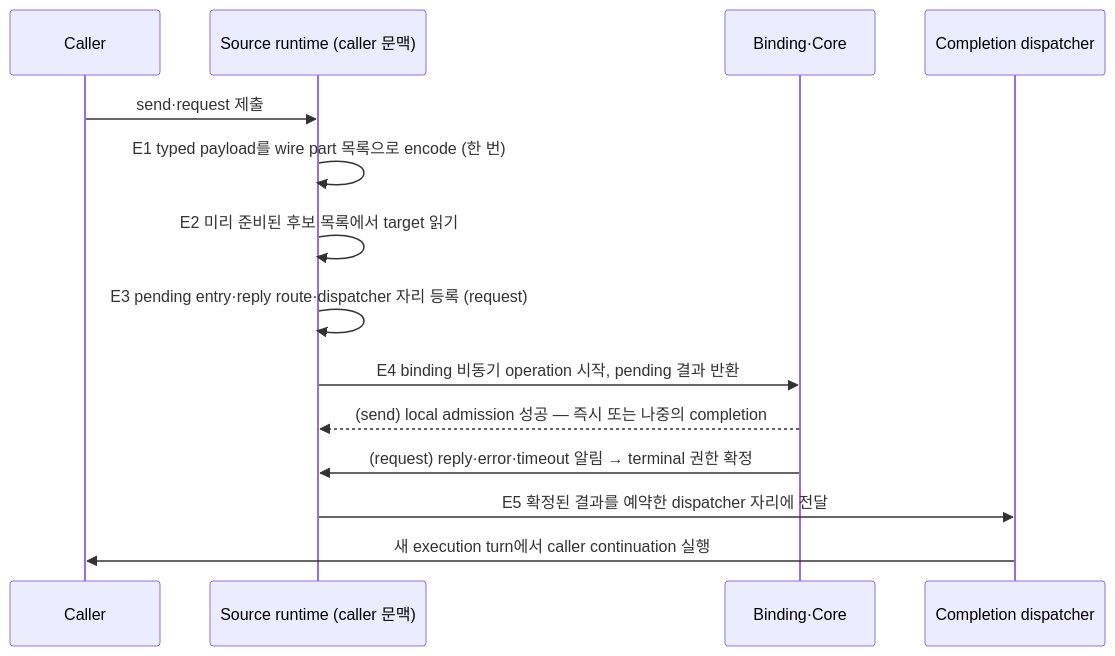
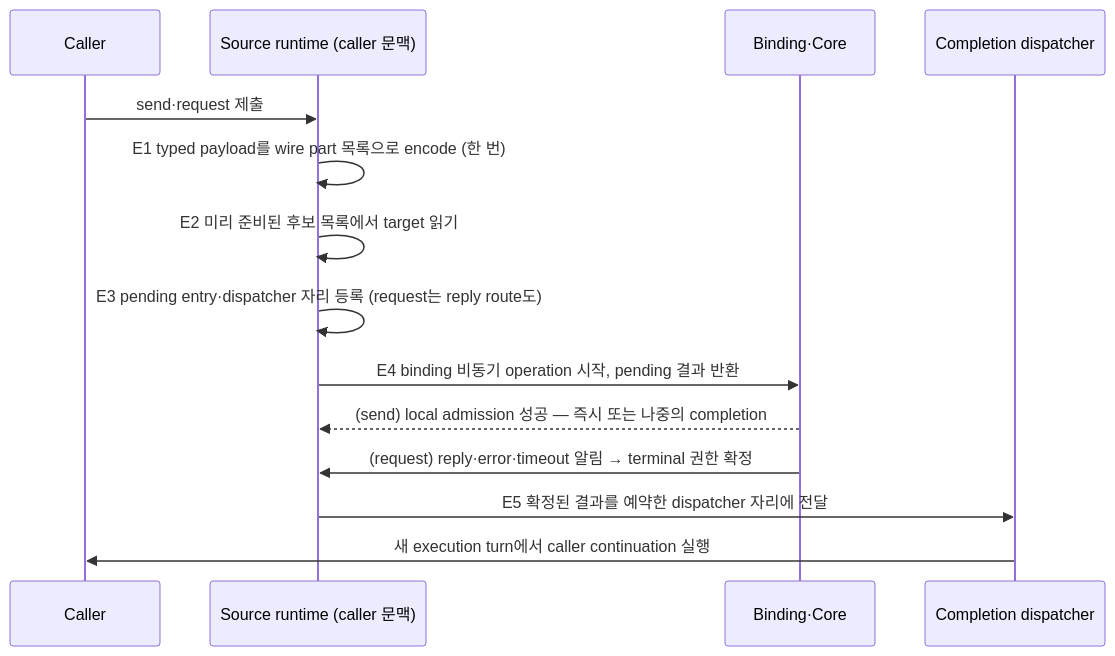
Before and after one commit to zlink-systems/zlink: the first of 2 diagrams in framework/doc/framework/common/spec/server/01-execution/08-messaging-hot-path.ko.md, drawn with Mermaid. The commit also changed other lines of this file and 1 other file, not shown here.

First line of the commit message:
spec(framework): messaging hot path — 2차 리뷰 blocker 3건 반영(선택·pending 상태 소유는 소유 문서에, E3는 send도 등록, send 완료도 dispatcher turn)

````diff
--- a/framework/doc/framework/common/spec/server/01-execution/08-messaging-hot-path.ko.md
+++ b/framework/doc/framework/common/spec/server/01-execution/08-messaging-hot-path.ko.md
@@ -73,17 +73,17 @@
 ```mermaid
 sequenceDiagram
     participant C as Caller
     participant R as Source runtime (caller 문맥)
     participant B as Binding·Core
     participant D as Completion dispatcher
 
     C->>R: send·request 제출
     R->>R: E1 typed payload를 wire part 목록으로 encode (한 번)
     R->>R: E2 미리 준비된 후보 목록에서 target 읽기
-    R->>R: E3 pending entry·reply route·dispatcher 자리 등록 (request)
+    R->>R: E3 pending entry·dispatcher 자리 등록 (request는 reply route도)
     R->>B: E4 binding 비동기 operation 시작, pending 결과 반환
     B-->>R: (send) local admission 성공 — 즉시 또는 나중의 completion
     B->>R: (request) reply·error·timeout 알림 → terminal 권한 확정
     R->>D: E5 확정된 결과를 예약한 dispatcher 자리에 전달
     D->>C: 새 execution turn에서 caller continuation 실행
 ```
````
